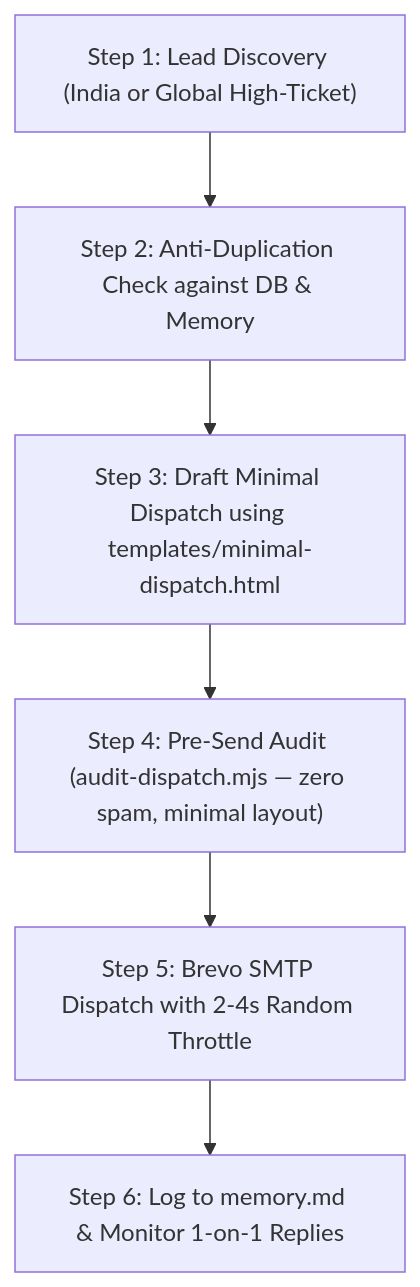
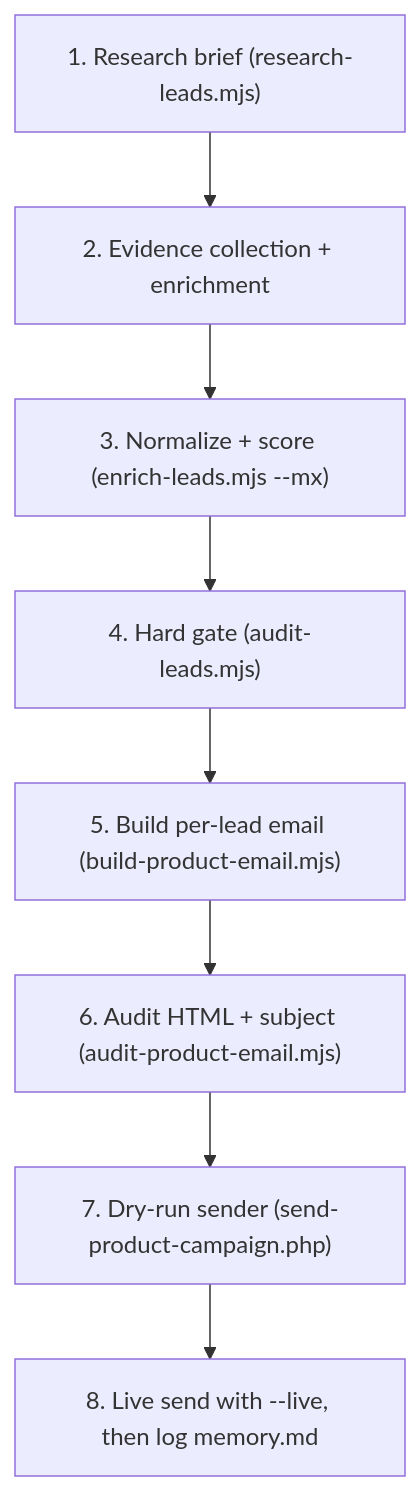
The diagram in .agent/skills/deepak-newsletter/SKILL.md (DeepakBagada93/Deepak-mywebsite), drawn with Mermaid before and after one commit. The commit also changed other lines of this file and 329 other files, not shown here.

````diff
--- a/.agent/skills/deepak-newsletter/SKILL.md
+++ b/.agent/skills/deepak-newsletter/SKILL.md
@@ -155,8 +318,10 @@
 ```mermaid
 flowchart TD
-    A["Step 1: Lead Discovery (India or Global High-Ticket)"] --> B["Step 2: Anti-Duplication Check against DB & Memory"]
-    B --> C["Step 3: Draft Minimal Dispatch using templates/minimal-dispatch.html"]
-    C --> D["Step 4: Pre-Send Audit (audit-dispatch.mjs — zero spam, minimal layout)"]
-    D --> E["Step 5: Brevo SMTP Dispatch with 2-4s Random Throttle"]
-    E --> F["Step 6: Log to memory.md & Monitor 1-on-1 Replies"]
+    A["1. Research brief (research-leads.mjs)"] --> B["2. Evidence collection + enrichment"]
+    B --> C["3. Normalize + score (enrich-leads.mjs --mx)"]
+    C --> D["4. Hard gate (audit-leads.mjs)"]
+    D --> E["5. Build per-lead email (build-product-email.mjs)"]
+    E --> F["6. Audit HTML + subject (audit-product-email.mjs)"]
+    F --> G["7. Dry-run sender (send-product-campaign.php)"]
+    G --> H["8. Live send with --live, then log memory.md"]
 ```
````
